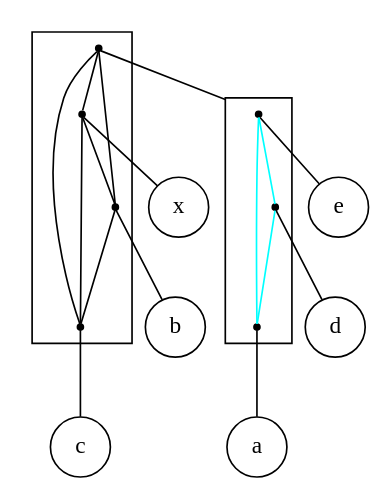
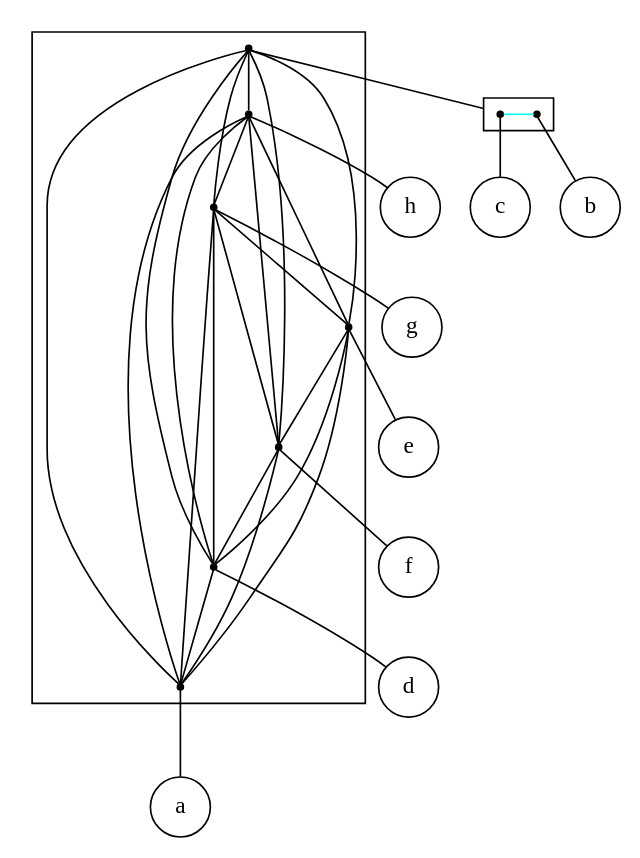
Before and after one commit to lrodrin/TFG: the diagram in src/final/linear_2-structure.dot, drawn with Graphviz. The commit also changed 6 other files, not shown here.

```diff
--- a/src/final/linear_2-structure.dot
+++ b/src/final/linear_2-structure.dot
@@ -1,37 +1,55 @@
 digraph "linear_2-structure" {
 compound=true;
 fontname=Verdana;
 fontsize=12;
 newrank=true;
 node [shape=circle];
-x;
-b;
-c;
+h;
+g;
 e;
+f;
 d;
 a;
-subgraph cluster_eacxbd {
+c;
+b;
+subgraph cluster_abegdcfh {
 node [shape=point];
-s_eda -> s_x  [color=black, arrowhead=none];
-s_eda -> s_b  [color=black, arrowhead=none];
-s_eda -> s_c  [color=black, arrowhead=none];
-s_x -> s_b  [color=black, arrowhead=none];
-s_x -> s_c  [color=black, arrowhead=none];
-s_b -> s_c  [color=black, arrowhead=none];
+s_cb -> s_h  [color=black, arrowhead=none];
+s_cb -> s_g  [color=black, arrowhead=none];
+s_cb -> s_e  [color=black, arrowhead=none];
+s_cb -> s_f  [color=black, arrowhead=none];
+s_cb -> s_d  [color=black, arrowhead=none];
+s_cb -> s_a  [color=black, arrowhead=none];
+s_h -> s_g  [color=black, arrowhead=none];
+s_h -> s_e  [color=black, arrowhead=none];
+s_h -> s_f  [color=black, arrowhead=none];
+s_h -> s_d  [color=black, arrowhead=none];
+s_h -> s_a  [color=black, arrowhead=none];
+s_g -> s_e  [color=black, arrowhead=none];
+s_g -> s_f  [color=black, arrowhead=none];
+s_g -> s_d  [color=black, arrowhead=none];
+s_g -> s_a  [color=black, arrowhead=none];
+s_e -> s_f  [color=black, arrowhead=none];
+s_e -> s_d  [color=black, arrowhead=none];
+s_e -> s_a  [color=black, arrowhead=none];
+s_f -> s_d  [color=black, arrowhead=none];
+s_f -> s_a  [color=black, arrowhead=none];
+s_d -> s_a  [color=black, arrowhead=none];
 }
 
-subgraph cluster_eda {
+subgraph cluster_cb {
+rank=same;
 node [shape=point];
-s_e -> s_d  [color=cyan, arrowhead=none];
-s_e -> s_a  [color=cyan, arrowhead=none];
-s_d -> s_a  [color=cyan, arrowhead=none];
+s_c -> s_b  [color=cyan, arrowhead=none];
 }
 
-s_eda -> s_e  [lhead=cluster_eda, arrowhead=none];
-s_x -> x  [arrowhead=none];
-s_b -> b  [arrowhead=none];
-s_c -> c  [arrowhead=none];
+s_cb -> s_c  [lhead=cluster_cb, arrowhead=none];
+s_h -> h  [arrowhead=none];
+s_g -> g  [arrowhead=none];
 s_e -> e  [arrowhead=none];
+s_f -> f  [arrowhead=none];
 s_d -> d  [arrowhead=none];
 s_a -> a  [arrowhead=none];
+s_c -> c  [arrowhead=none];
+s_b -> b  [arrowhead=none];
 }
```
